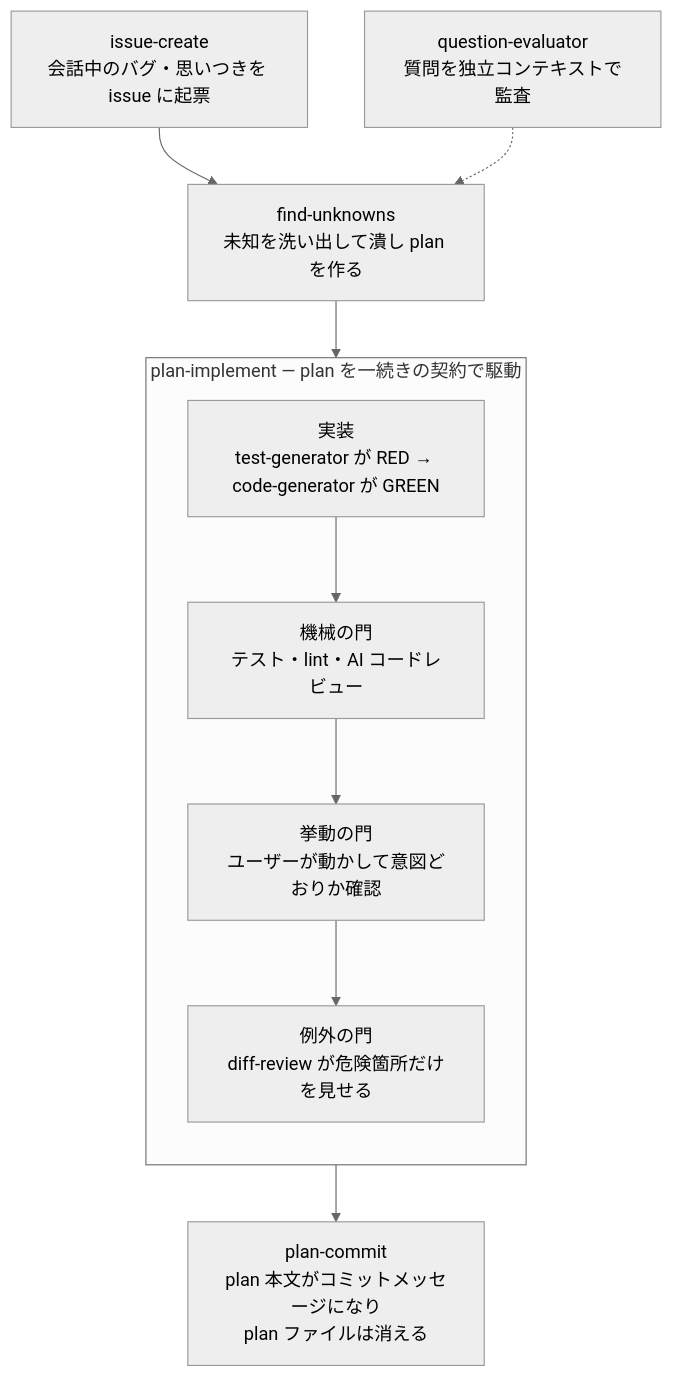
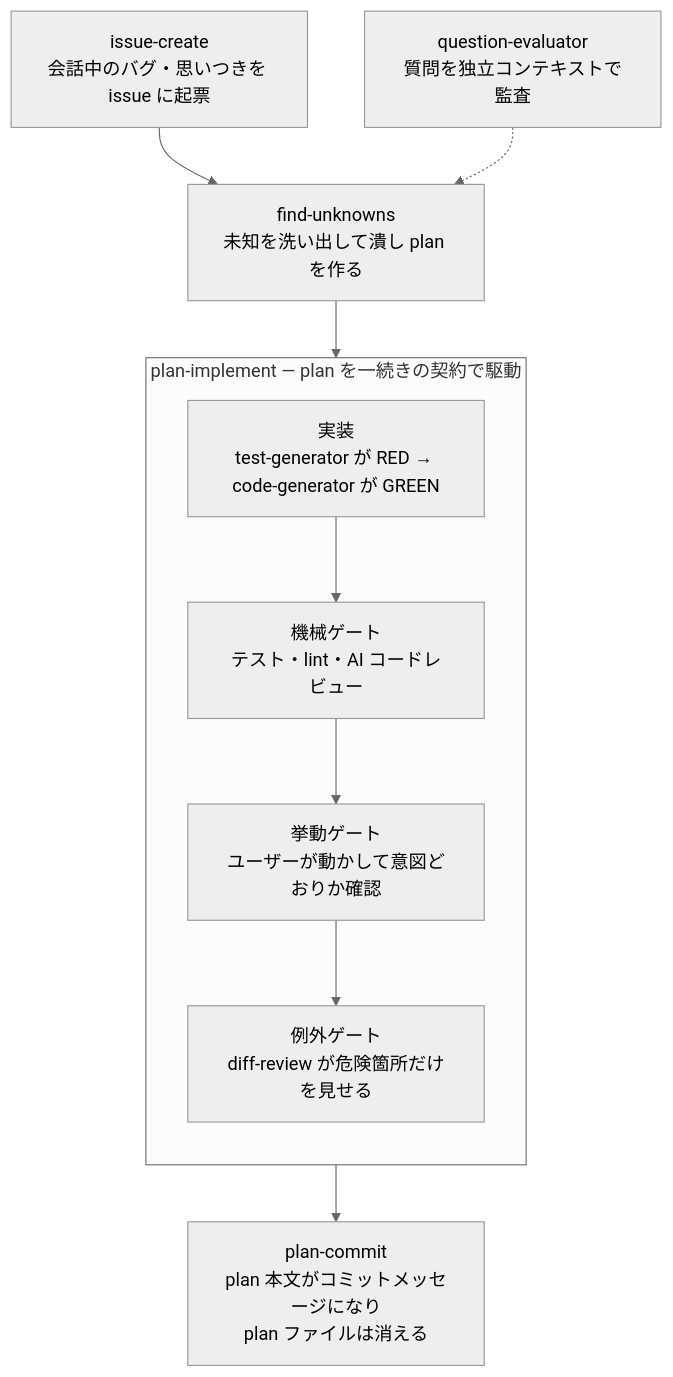
The diagram in plugins/crystallize/README.md (4armsxlr8/agent-plugins), drawn with Mermaid (neutral theme) before and after one commit. The commit also changed other lines of this file and 7 other files, not shown here.

````diff
--- a/plugins/crystallize/README.md
+++ b/plugins/crystallize/README.md
@@ -15,14 +15,14 @@
 ```mermaid
 flowchart TD
     I[issue-create<br>会話中のバグ・思いつきを issue に起票] --> F
     F[find-unknowns<br>未知を洗い出して潰し plan を作る] --> P
     Q[question-evaluator<br>質問を独立コンテキストで監査] -.-> F
     subgraph P[plan-implement — plan を一続きの契約で駆動]
         direction TB
         IM[実装<br>test-generator が RED → code-generator が GREEN] --> G1
-        G1[機械の門<br>テスト・lint・AI コードレビュー] --> G2
-        G2[挙動の門<br>ユーザーが動かして意図どおりか確認] --> G3
-        G3[例外の門<br>diff-review が危険箇所だけを見せる]
+        G1[機械ゲート<br>テスト・lint・AI コードレビュー] --> G2
+        G2[挙動ゲート<br>ユーザーが動かして意図どおりか確認] --> G3
+        G3[例外ゲート<br>diff-review が危険箇所だけを見せる]
     end
     P --> C[plan-commit<br>plan 本文がコミットメッセージになり<br>plan ファイルは消える]
 ```
````
